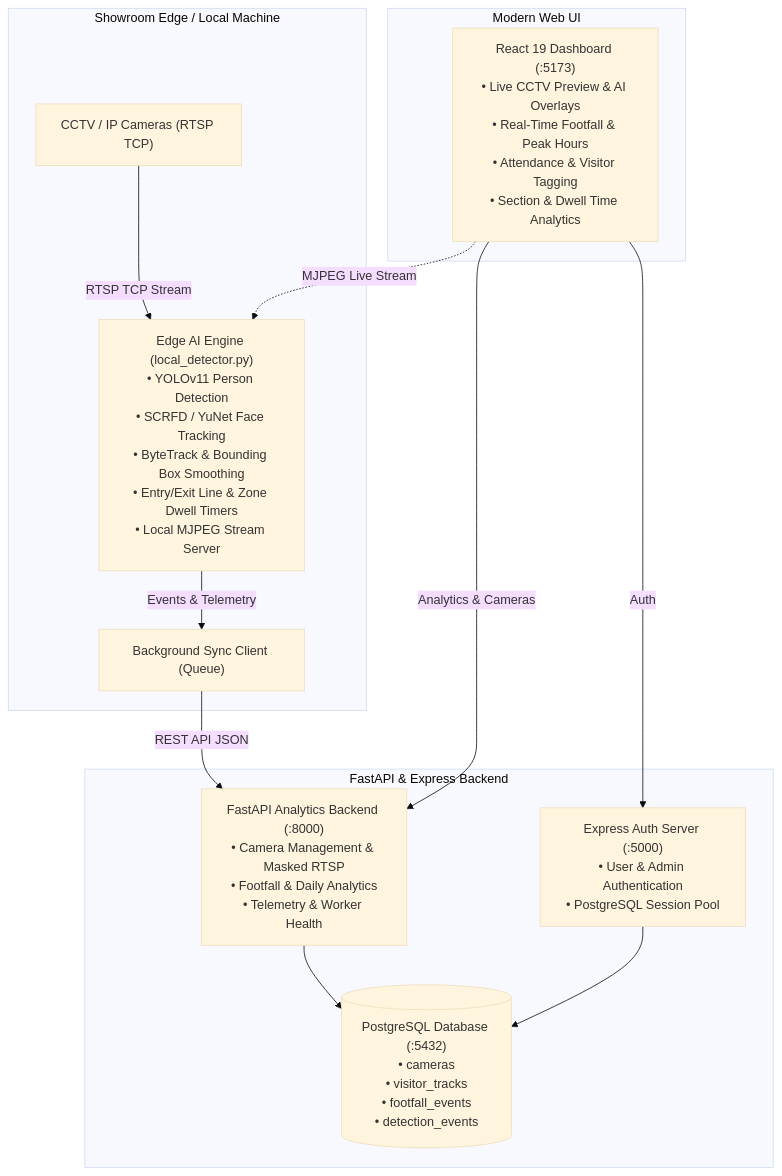
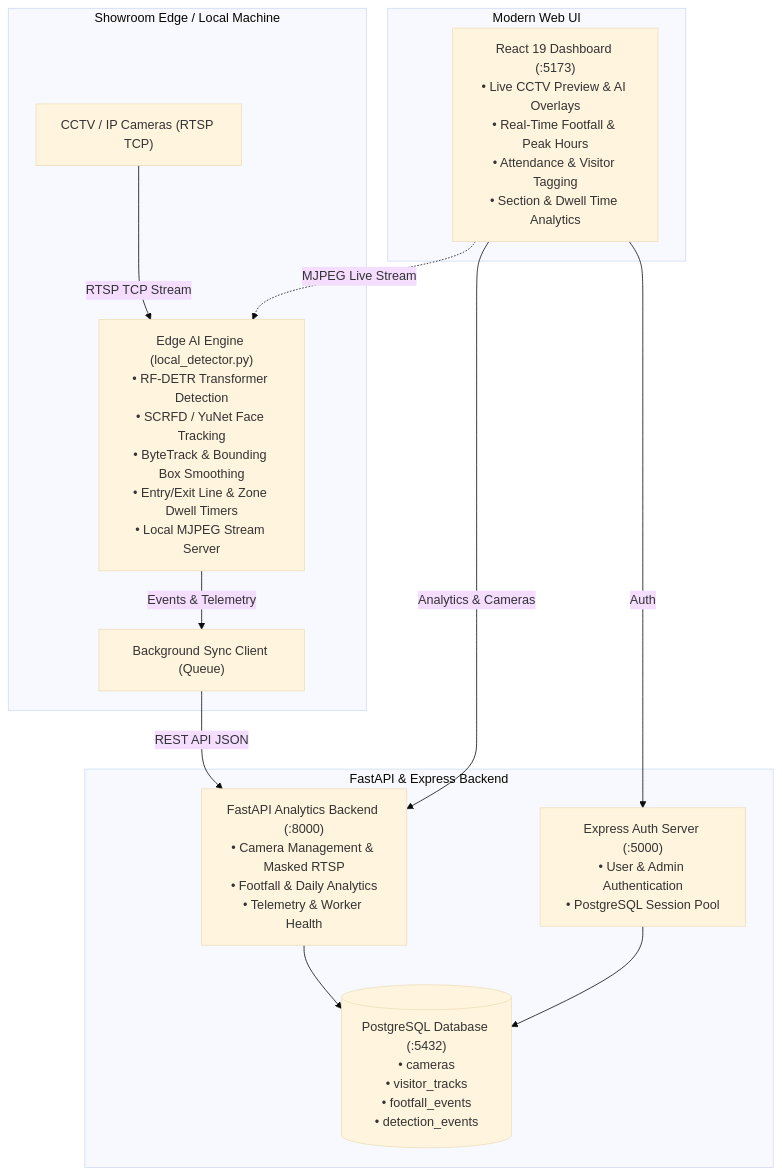
One commit to sujitctpl/jms-tech changed the diagram in README.md. Above: the diagram before and after it, drawn with Mermaid (base theme). The commit also changed other lines of this file and 16 other files, not shown here.

````diff
--- a/README.md
+++ b/README.md
@@ -11,27 +11,27 @@
 ```mermaid
 graph TD
     subgraph Edge Layer [Showroom Edge / Local Machine]
         CCTV["CCTV / IP Cameras (RTSP TCP)"]
-        Detector["Edge AI Engine (local_detector.py)\n• YOLOv11 Person Detection\n• SCRFD / YuNet Face Tracking\n• ByteTrack & Bounding Box Smoothing\n• Entry/Exit Line & Zone Dwell Timers\n• Local MJPEG Stream Server"]
+        Detector["Edge AI Engine (local_detector.py)\n• RF-DETR Transformer Detection\n• SCRFD / YuNet Face Tracking\n• ByteTrack & Bounding Box Smoothing\n• Entry/Exit Line & Zone Dwell Timers\n• Local MJPEG Stream Server"]
         SyncQueue["Background Sync Client (Queue)"]
     end
 
     subgraph Backend Layer [FastAPI & Express Backend]
         API["FastAPI Analytics Backend (:8000)\n• Camera Management & Masked RTSP\n• Footfall & Daily Analytics\n• Telemetry & Worker Health"]
         AuthSrv["Express Auth Server (:5000)\n• User & Admin Authentication\n• PostgreSQL Session Pool"]
         DB[("PostgreSQL Database (:5432)\n• cameras\n• visitor_tracks\n• footfall_events\n• detection_events")]
     end
 
     subgraph Client Layer [Modern Web UI]
         Dashboard["React 19 Dashboard (:5173)\n• Live CCTV Preview & AI Overlays\n• Real-Time Footfall & Peak Hours\n• Attendance & Visitor Tagging\n• Section & Dwell Time Analytics"]
     end
 
     CCTV -->|RTSP TCP Stream| Detector
     Detector -->|Events & Telemetry| SyncQueue
     SyncQueue -->|REST API JSON| API
     API --> DB
     AuthSrv --> DB
     Dashboard -->|Analytics & Cameras| API
     Dashboard -->|Auth| AuthSrv
     Dashboard -.->|MJPEG Live Stream| Detector
 ```
````
